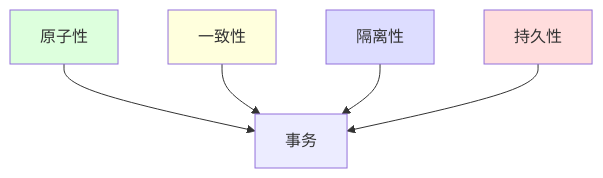
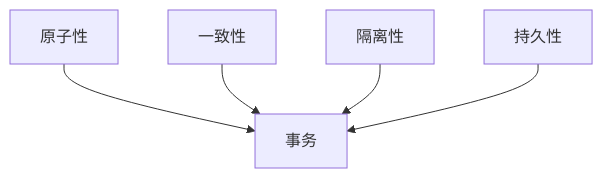
Before and after one commit to nexepic/zyx: the first of 9 diagrams in docs/zh/architecture/transactions.md, drawn with Mermaid. The commit also changed other lines of this file and 165 other files, not shown here.

````diff
--- a/docs/zh/architecture/transactions.md
+++ b/docs/zh/architecture/transactions.md
@@ -7,12 +7,7 @@
 ```mermaid
 graph TD
     A[原子性] --> D[事务]
     B[一致性] --> D
     C[隔离性] --> D
     E[持久性] --> D
-
-    style A fill:#dfd
-    style B fill:#ffd
-    style C fill:#ddf
-    style E fill:#fdd
 ```
````
